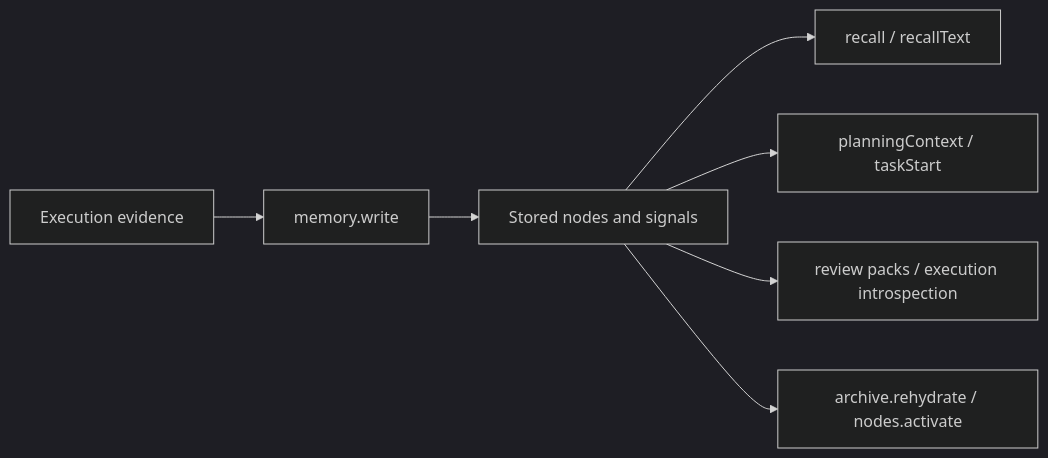
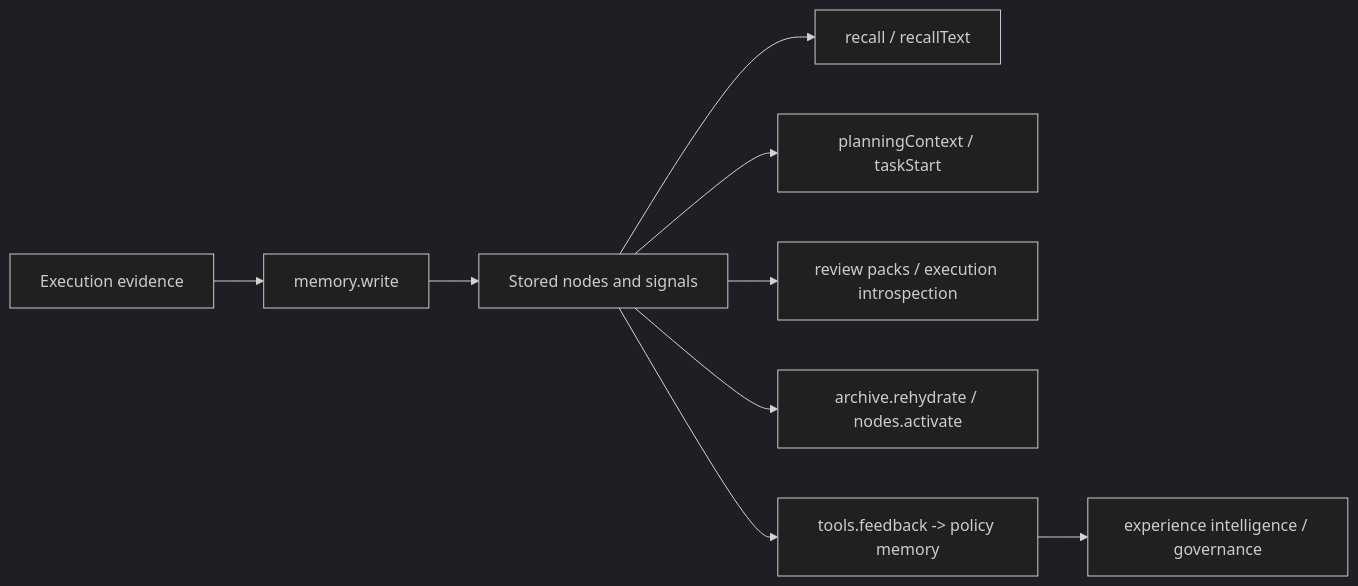
Before and after one commit to ostinatocc/AionisCore: the diagram in apps/docs/docs/reference/memory.md, drawn with Mermaid (dark theme). The commit also changed other lines of this file and 8 other files, not shown here.

Commit message:
docs: add policy memory evolution docs

````diff
--- a/apps/docs/docs/reference/memory.md
+++ b/apps/docs/docs/reference/memory.md
@@ -77,9 +84,11 @@
 ```mermaid
 flowchart LR
     A["Execution evidence"] --> B["memory.write"]
     B --> C["Stored nodes and signals"]
     C --> D["recall / recallText"]
     C --> E["planningContext / taskStart"]
     C --> F["review packs / execution introspection"]
     C --> G["archive.rehydrate / nodes.activate"]
+    C --> H["tools.feedback -> policy memory"]
+    H --> I["experience intelligence / governance"]
 ```
````
